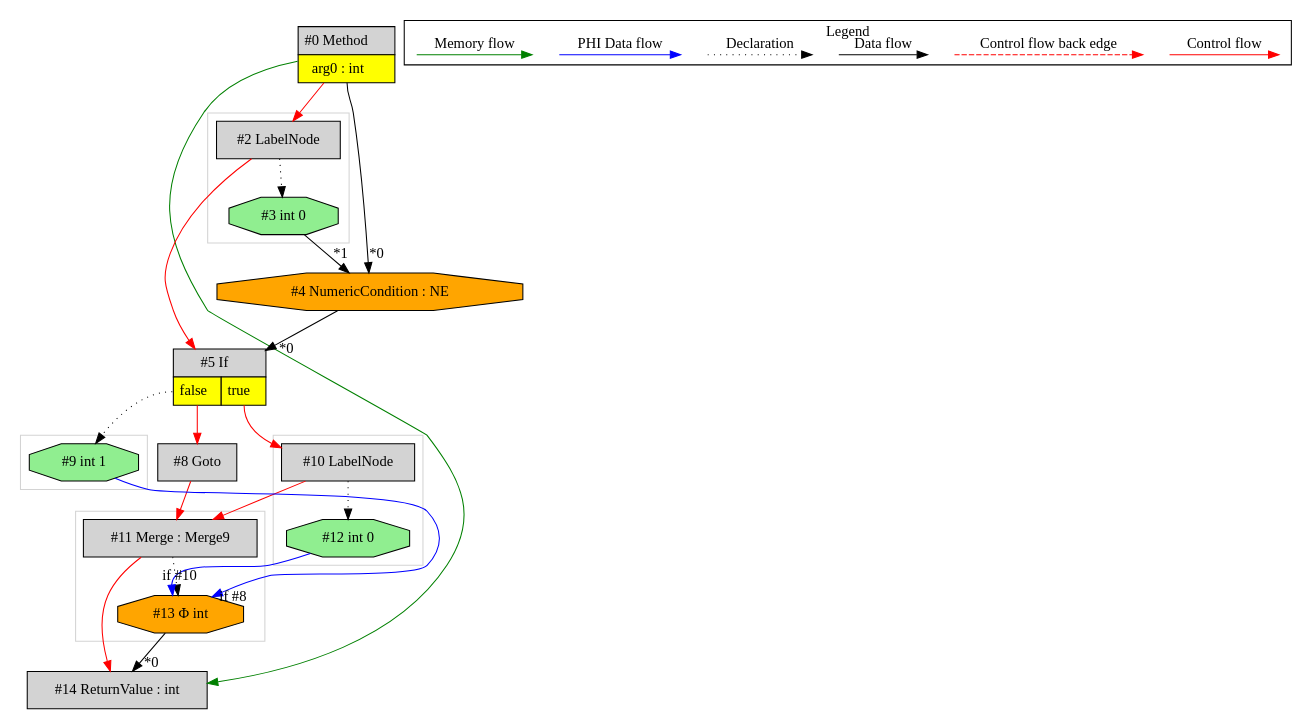
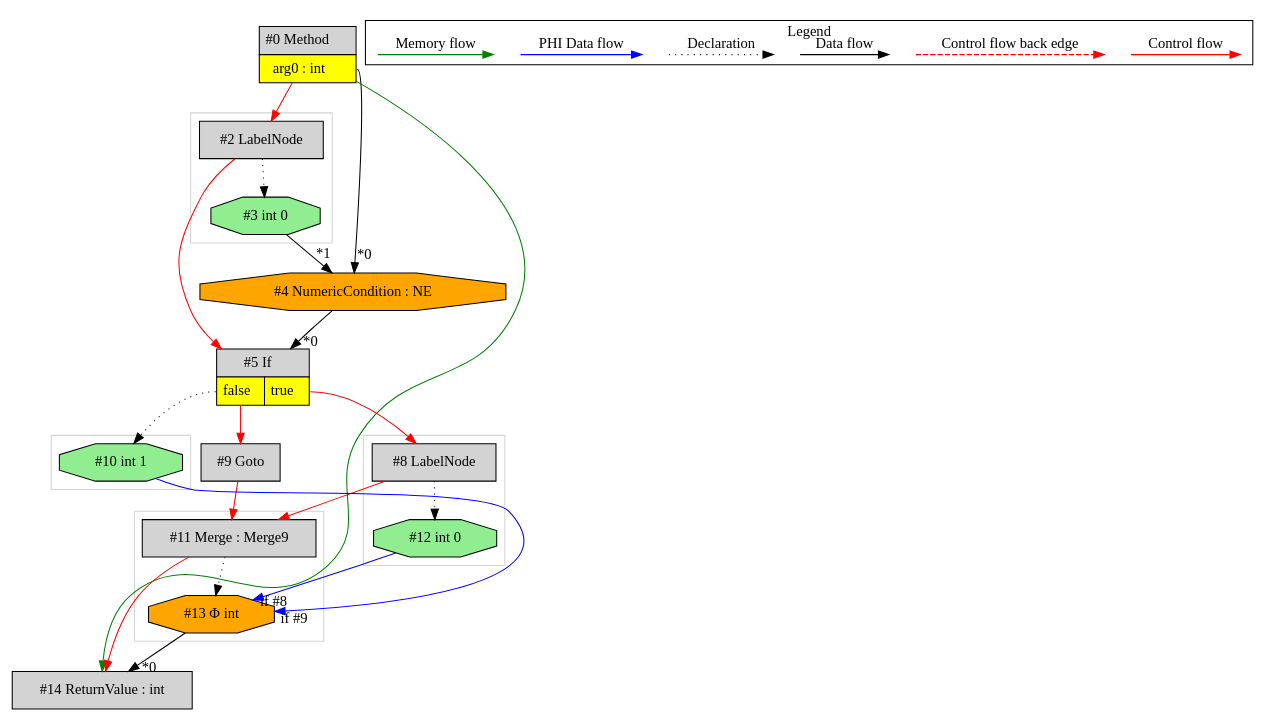
Before and after one commit to mirkosertic/MetaIR: the diagram in de.mirkosertic.metair.ir.examples.MethodInvokeTest/staticReturnBoolean/ir.dot, drawn with Graphviz. The commit also changed 434 other files, not shown here.

```diff
--- a/de.mirkosertic.metair.ir.examples.MethodInvokeTest/staticReturnBoolean/ir.dot
+++ b/de.mirkosertic.metair.ir.examples.MethodInvokeTest/staticReturnBoolean/ir.dot
@@ -1,78 +1,78 @@
 digraph {
  ordering="in";
  node0[margin="0", label=<<table border="0" cellborder="1" cellspacing="0" cellpadding="5"><tr><td colspan="1">#0 Method</td></tr><tr><td port="prj1" bgcolor="yellow">arg0 : int</td></tr></table>>,shape=none, fillcolor=lightgrey, style=filled];
+ node2[label="#2 LabelNode",shape=box, fillcolor=lightgrey, style=filled];
+ node0 -> node2[labeldistance=2, color=red, fontcolor=red];
+ node5[margin="0", label=<<table border="0" cellborder="1" cellspacing="0" cellpadding="5"><tr><td colspan="2">#5 If</td></tr><tr><td port="prj7" bgcolor="yellow">false</td><td port="prj6" bgcolor="yellow">true</td></tr></table>>,shape=none, fillcolor=lightgrey, style=filled];
+ node4 -> node5[headlabel="*0", labeldistance=2];
+ node2 -> node5[labeldistance=2, color=red, fontcolor=red];
+ node4[label="#4 NumericCondition : NE",shape=octagon, fillcolor=orange, style=filled];
+ node0:prj1 -> node4[headlabel="*0", labeldistance=2];
+ node3 -> node4[headlabel="*1", labeldistance=2];
+ node3[label="#3 int 0",shape=octagon, fillcolor=lightgreen, style=filled];
+ node2 -> node3[style=dotted];
+ node9[label="#9 Goto",shape=box, fillcolor=lightgrey, style=filled];
+ node5:prj7 -> node9[labeldistance=2, color=red, fontcolor=red];
+ node11[label="#11 Merge : Merge9",shape=box, fillcolor=lightgrey, style=filled];
+ node9 -> node11[labeldistance=2, color=red, fontcolor=red];
+ node8 -> node11[labeldistance=2, color=red, fontcolor=red];
+ node8[label="#8 LabelNode",shape=box, fillcolor=lightgrey, style=filled];
+ node5:prj6 -> node8[labeldistance=2, color=red, fontcolor=red];
+ node12[label="#12 int 0",shape=octagon, fillcolor=lightgreen, style=filled];
+ node8 -> node12[style=dotted];
+ node13[label="#13 Φ int",shape=octagon, fillcolor=orange, style=filled];
+ node11 -> node13[style=dotted];
+ node10 -> node13[headlabel="if #9", labeldistance=2, color=blue, constraint=false];
+ node12 -> node13[headlabel="if #8", labeldistance=2, color=blue, constraint=false];
+ node10[label="#10 int 1",shape=octagon, fillcolor=lightgreen, style=filled];
+ node5:prj7 -> node10[style=dotted];
  node14[label="#14 ReturnValue : int",shape=box, fillcolor=lightgrey, style=filled];
  node13 -> node14[headlabel="*0", labeldistance=2];
  node11 -> node14[labeldistance=2, color=red, fontcolor=red];
  node0 -> node14[labeldistance=2, color=green, constraint=false];
- node11[label="#11 Merge : Merge9",shape=box, fillcolor=lightgrey, style=filled];
- node8 -> node11[labeldistance=2, color=red, fontcolor=red];
- node10 -> node11[labeldistance=2, color=red, fontcolor=red];
- node10[label="#10 LabelNode",shape=box, fillcolor=lightgrey, style=filled];
- node5:prj7 -> node10[labeldistance=2, color=red, fontcolor=red];
- node5[margin="0", label=<<table border="0" cellborder="1" cellspacing="0" cellpadding="5"><tr><td colspan="2">#5 If</td></tr><tr><td port="prj6" bgcolor="yellow">false</td><td port="prj7" bgcolor="yellow">true</td></tr></table>>,shape=none, fillcolor=lightgrey, style=filled];
- node4 -> node5[headlabel="*0", labeldistance=2];
- node2 -> node5[labeldistance=2, color=red, fontcolor=red];
- node2[label="#2 LabelNode",shape=box, fillcolor=lightgrey, style=filled];
- node0 -> node2[labeldistance=2, color=red, fontcolor=red];
- node3[label="#3 int 0",shape=octagon, fillcolor=lightgreen, style=filled];
- node2 -> node3[style=dotted];
- node4[label="#4 NumericCondition : NE",shape=octagon, fillcolor=orange, style=filled];
- node0:prj1 -> node4[headlabel="*0", labeldistance=2];
- node3 -> node4[headlabel="*1", labeldistance=2];
- node9[label="#9 int 1",shape=octagon, fillcolor=lightgreen, style=filled];
- node5:prj6 -> node9[style=dotted];
- node13[label="#13 Φ int",shape=octagon, fillcolor=orange, style=filled];
- node11 -> node13[style=dotted];
- node9 -> node13[headlabel="if #8", labeldistance=2, color=blue, constraint=false];
- node12 -> node13[headlabel="if #10", labeldistance=2, color=blue, constraint=false];
- node12[label="#12 int 0",shape=octagon, fillcolor=lightgreen, style=filled];
- node10 -> node12[style=dotted];
- node8[label="#8 Goto",shape=box, fillcolor=lightgrey, style=filled];
- node5:prj6 -> node8[labeldistance=2, color=red, fontcolor=red];
  subgraph cluster_0 {
-  color=lightgray;
-  node9;
- }
- subgraph cluster_1 {
   color=lightgray;
   node2;
   node3;
  }
- subgraph cluster_2 {
+ subgraph cluster_1 {
   color=lightgray;
   node11;
   node13;
  }
+ subgraph cluster_2 {
+  color=lightgray;
+  node8;
+  node12;
+ }
  subgraph cluster_3 {
   color=lightgray;
   node10;
-  node12;
  }
  subgraph cluster_000 {
   label = "Legend";
   node [shape=point]
   {
    rank=same;
    c0 [style = invis];
    c1 [style = invis];
    c2 [style = invis];
    c3 [style = invis];
    d0 [style = invis];
    d1 [style = invis];
    d2 [style = invis];
    d3 [style = invis];
    d4 [style = invis];
    d5 [style = invis];
    d6 [style = invis];
    d7 [style = invis];
   }
   c0 -> c1 [label="Control flow", style=solid, color=red]
   c2 -> c3 [label="Control flow back edge", style=dashed, color=red]
   d0 -> d1 [label="Data flow"]
   d2 -> d3 [label="Declaration", style=dotted]
   d4 -> d5 [label="PHI Data flow", color=blue]
   d6 -> d7 [label="Memory flow", color=green]
  }
 
 }
```
